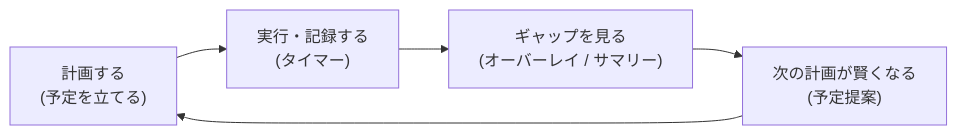
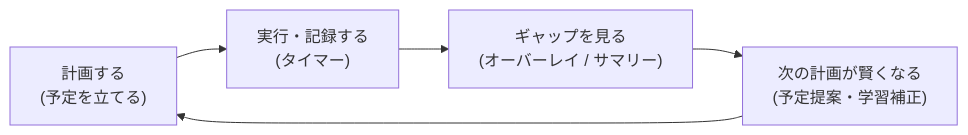
Before and after one commit to TonChan0828/PlanDiff: the first of 11 diagrams in docs/アーキテクチャ解説.md, drawn with Mermaid. The commit also changed other lines of this file, not shown here.

````diff
--- a/docs/アーキテクチャ解説.md
+++ b/docs/アーキテクチャ解説.md
@@ -15,7 +52,7 @@
 ```mermaid
 flowchart LR
     A["計画する<br/>(予定を立てる)"] --> B["実行・記録する<br/>(タイマー)"]
     B --> C["ギャップを見る<br/>(オーバーレイ / サマリー)"]
-    C --> D["次の計画が賢くなる<br/>(予定提案)"]
+    C --> D["次の計画が賢くなる<br/>(予定提案・学習補正)"]
     D --> A
 ```
````
